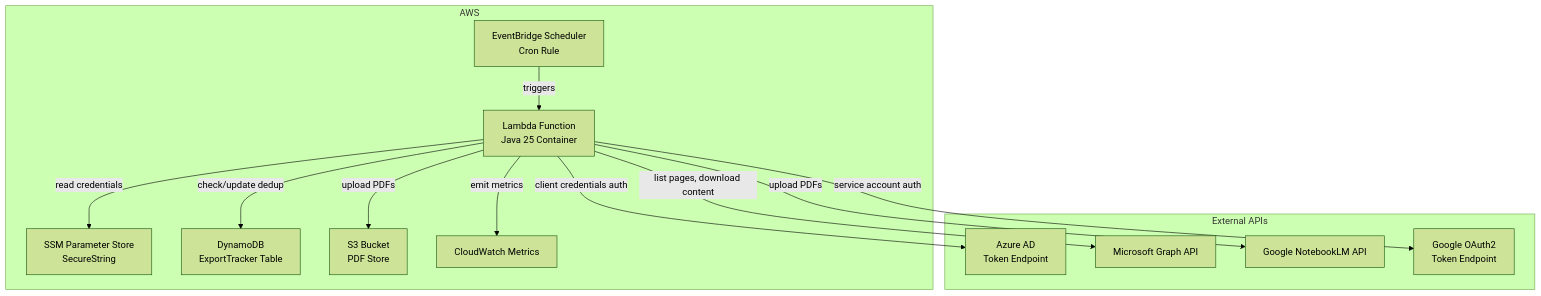
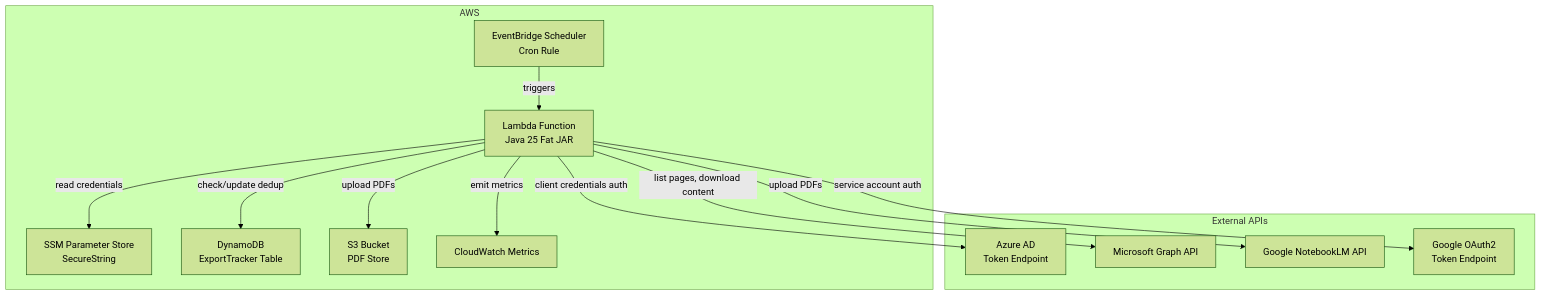
One commit to zyake/onenote_pdf_extractor changed the first of 2 diagrams in .kiro/specs/aws-automated-pipeline/design.md. Above: the diagram before and after it, drawn with Mermaid (forest theme). The commit also changed other lines of this file and 4 other files, not shown here.

````diff
--- a/.kiro/specs/aws-automated-pipeline/design.md
+++ b/.kiro/specs/aws-automated-pipeline/design.md
@@ -23,17 +23,17 @@
 ```mermaid
 flowchart TB
     subgraph AWS
-        EB[EventBridge Scheduler<br/>Cron Rule] -->|triggers| LF[Lambda Function<br/>Java 25 Container]
+        EB[EventBridge Scheduler<br/>Cron Rule] -->|triggers| LF[Lambda Function<br/>Java 25 Fat JAR]
         LF -->|read credentials| SSM[SSM Parameter Store<br/>SecureString]
         LF -->|check/update dedup| DDB[DynamoDB<br/>ExportTracker Table]
         LF -->|upload PDFs| S3[S3 Bucket<br/>PDF Store]
         LF -->|emit metrics| CW[CloudWatch Metrics]
     end
 
     subgraph External APIs
         LF -->|client credentials auth| AAD[Azure AD<br/>Token Endpoint]
         LF -->|list pages, download content| GRAPH[Microsoft Graph API]
         LF -->|upload PDFs| NLM[Google NotebookLM API]
         LF -->|service account auth| GAUTH[Google OAuth2<br/>Token Endpoint]
     end
 ```
````
